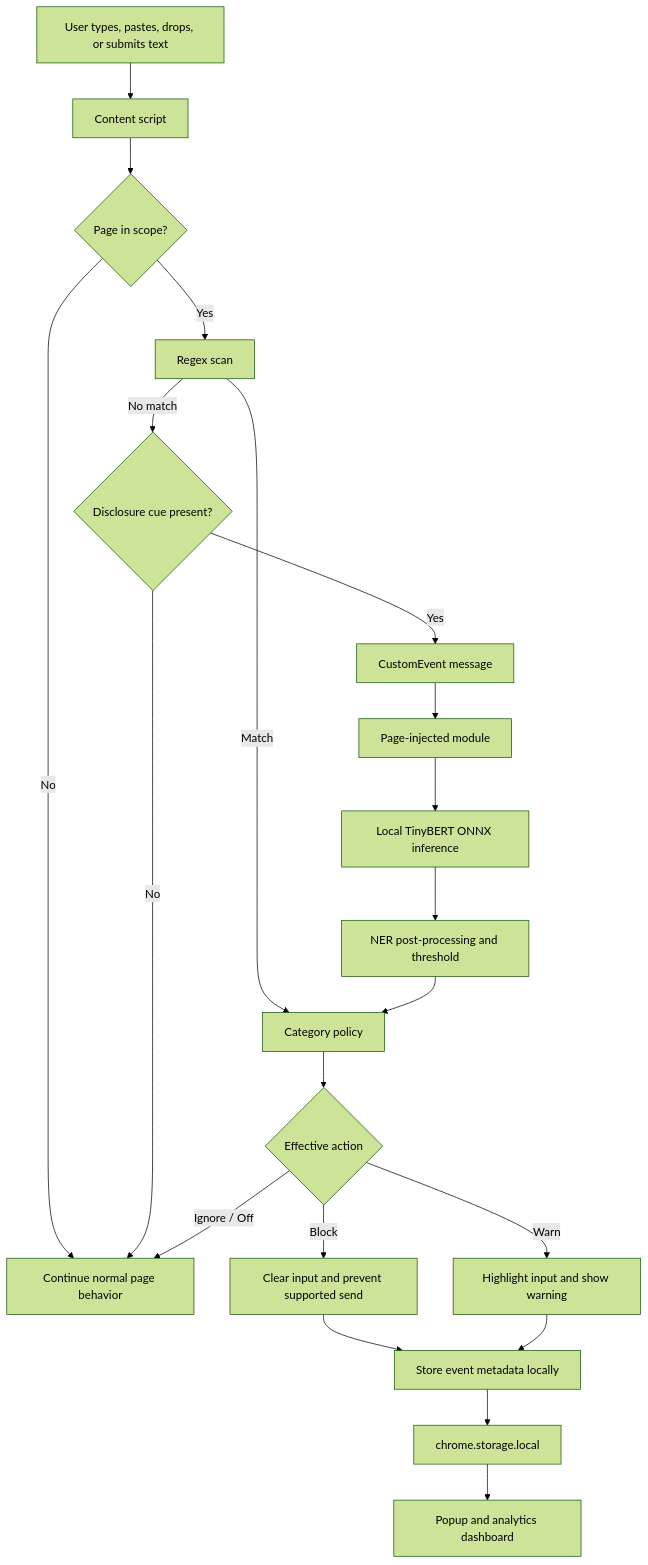
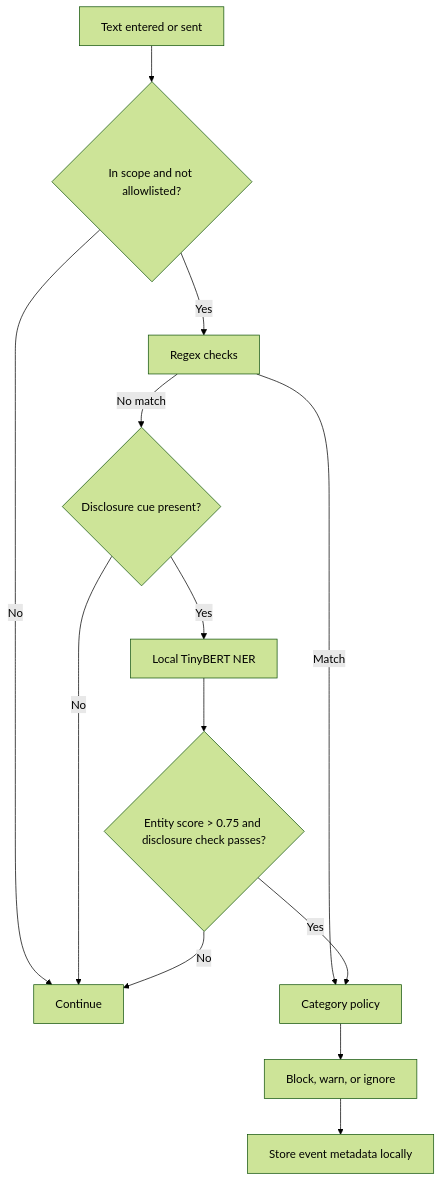
Before and after one commit to RevHeadGuy/LLM_DATA_LEAKAGE_MONITOR: the diagram in README.md, drawn with Mermaid (forest theme). The commit also changed other lines of this file, not shown here.

````diff
--- a/README.md
+++ b/README.md
@@ -78,23 +48,15 @@
 ```mermaid
 flowchart TD
-    A["User types, pastes, drops, or submits text"] --> B["Content script"]
-    B --> S{"Page in scope?"}
-    S -->|No| P["Continue normal page behavior"]
-    S -->|Yes| R["Regex scan"]
-    R -->|Match| C["Category policy"]
-    R -->|No match| D{"Disclosure cue present?"}
-    D -->|No| P
-    D -->|Yes| E["CustomEvent message"]
-    E --> F["Page-injected module"]
-    F --> N["Local TinyBERT ONNX inference"]
-    N --> Q["NER post-processing and threshold"]
-    Q --> C
-    C --> A1{"Effective action"}
-    A1 -->|Block| B1["Clear input and prevent supported send"]
-    A1 -->|Warn| W1["Highlight input and show warning"]
-    A1 -->|Ignore / Off| P
-    B1 --> L["Store event metadata locally"]
-    W1 --> L
-    L --> ST["chrome.storage.local"]
-    ST --> UI["Popup and analytics dashboard"]
+    A[Text entered or sent] --> B{In scope and not allowlisted?}
+    B -- No --> Z[Continue]
+    B -- Yes --> C[Regex checks]
+    C -- Match --> D[Category policy]
+    C -- No match --> E{Disclosure cue present?}
+    E -- No --> Z
+    E -- Yes --> F[Local TinyBERT NER]
+    F --> G{Entity score > 0.75 and disclosure check passes?}
+    G -- No --> Z
+    G -- Yes --> D
+    D --> H[Block, warn, or ignore]
+    H --> I[Store event metadata locally]
 ```
````
